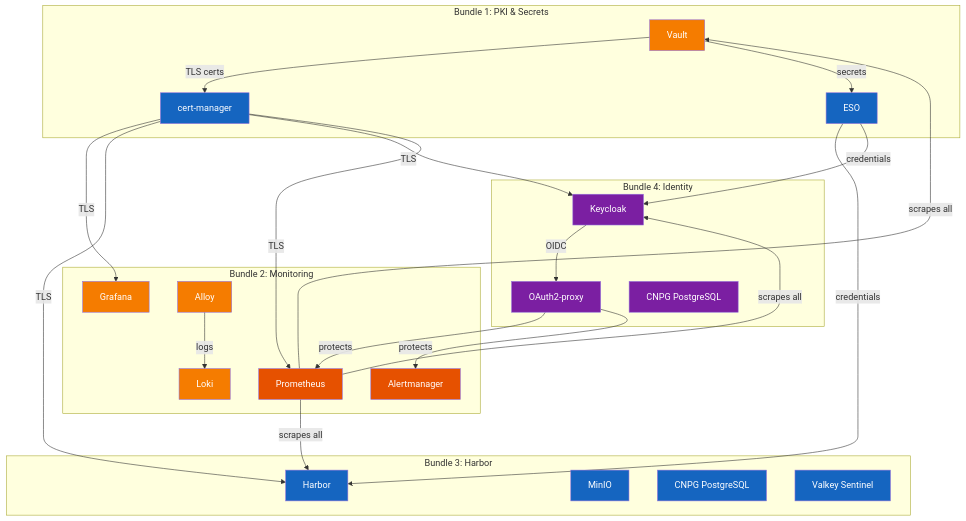
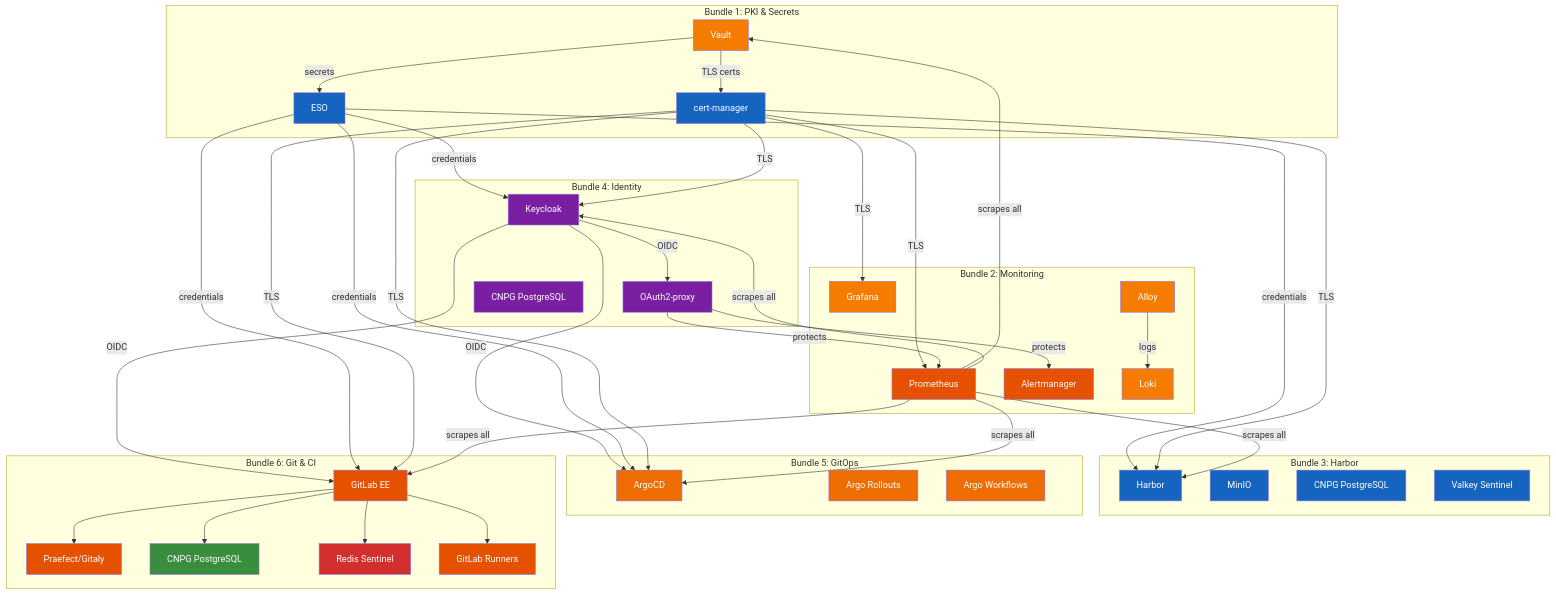
Before and after one commit to derhornspieler/harvester-rke2-svcs: the first of 16 diagrams in docs/architecture.md, drawn with Mermaid. The commit also changed other lines of this file and 2 other files, not shown here.

Commit message:
docs: update top-level documentation for all 6 bundles complete

````diff
--- a/docs/architecture.md
+++ b/docs/architecture.md
@@ -36,6 +36,20 @@
         CNPG2["CNPG PostgreSQL"]
     end
 
+    subgraph "Bundle 5: GitOps"
+        ArgoCD["ArgoCD"]
+        Rollouts["Argo Rollouts"]
+        Workflows["Argo Workflows"]
+    end
+
+    subgraph "Bundle 6: Git &amp; CI"
+        GL["GitLab EE"]
+        Gitaly["Praefect/Gitaly"]
+        CNPG3["CNPG PostgreSQL"]
+        GLRedis["Redis Sentinel"]
+        Runners["GitLab Runners"]
+    end
+
     Vault -->|TLS certs| CM
     Vault -->|secrets| ESO
     ESO -->|credentials| Harbor
@@ -49,8 +63,20 @@
     Prom -->|scrapes all| Harbor
     Prom -->|scrapes all| KC
     KC -->|OIDC| OAuth
+    KC -->|OIDC| ArgoCD
+    KC -->|OIDC| GL
     OAuth -->|protects| Prom
     OAuth -->|protects| AM
+    ESO -->|credentials| ArgoCD
+    ESO -->|credentials| GL
+    CM -->|TLS| ArgoCD
+    CM -->|TLS| GL
+    Prom -->|scrapes all| ArgoCD
+    Prom -->|scrapes all| GL
+    GL --> Gitaly
+    GL --> CNPG3
+    GL --> GLRedis
+    GL --> Runners
 
     style Vault fill:#f57c00,color:#fff
     style CM fill:#1565c0,color:#fff
@@ -67,4 +93,12 @@
     style KC fill:#7b1fa2,color:#fff
     style OAuth fill:#7b1fa2,color:#fff
     style CNPG2 fill:#7b1fa2,color:#fff
+    style ArgoCD fill:#ef6c00,color:#fff
+    style Rollouts fill:#ef6c00,color:#fff
+    style Workflows fill:#ef6c00,color:#fff
+    style GL fill:#e65100,color:#fff
+    style Gitaly fill:#e65100,color:#fff
+    style CNPG3 fill:#388e3c,color:#fff
+    style GLRedis fill:#d32f2f,color:#fff
+    style Runners fill:#e65100,color:#fff
 ```
````
